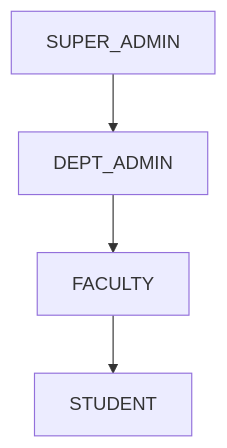
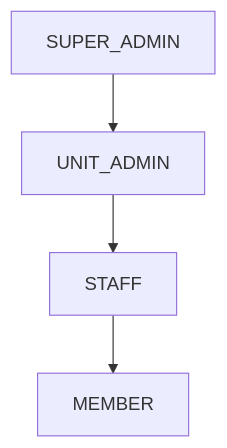
One commit to Life-Experimentalist/Chronos-Ledger changed the diagram in docs/api.md. Above: the diagram before and after it, drawn with Mermaid. The commit also changed other lines of this file and 17 other files, not shown here.

````diff
--- a/docs/api.md
+++ b/docs/api.md
@@ -26,6 +26,6 @@
 ```mermaid
 graph TD
-    SA[SUPER_ADMIN] --> DA[DEPT_ADMIN]
-    DA --> FAC[FACULTY]
-    FAC --> STU[STUDENT]
+    SA[SUPER_ADMIN] --> DA[UNIT_ADMIN]
+    DA --> FAC[STAFF]
+    FAC --> STU[MEMBER]
 ```
````
